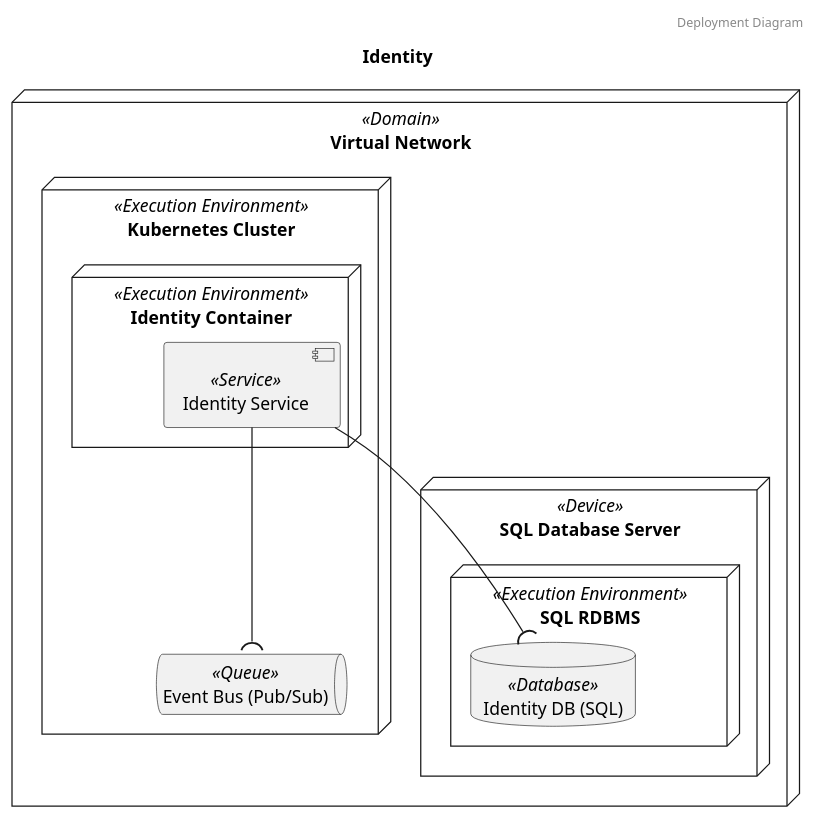
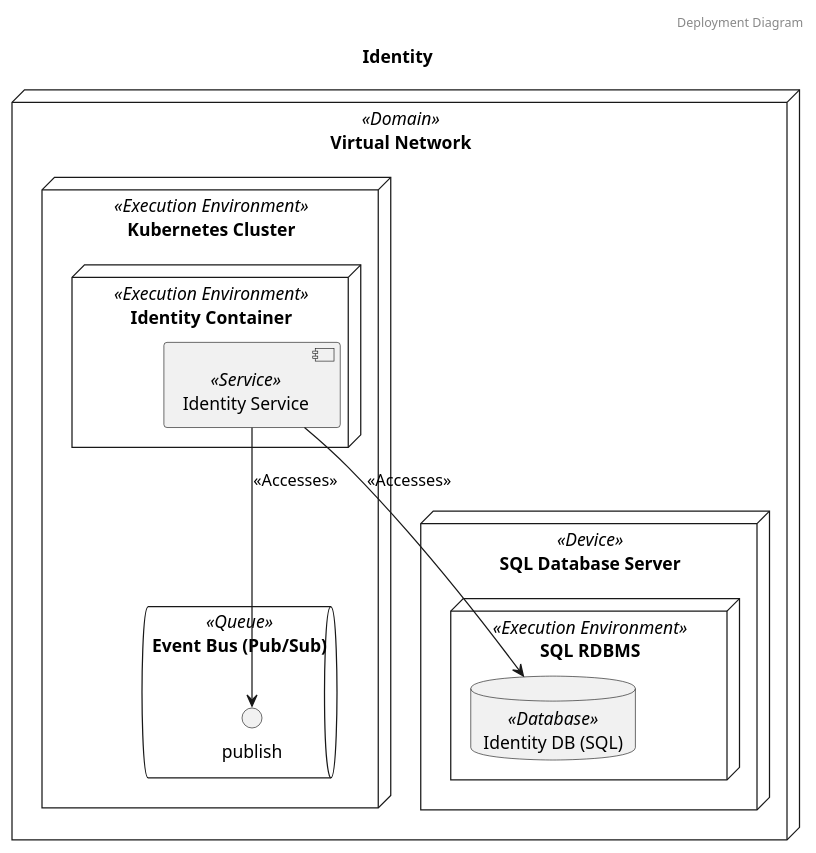
The second of 3 diagrams in diagrams/systems/Identity.puml (garrettsutula/example-trellis-project), drawn with PlantUML before and after one commit. The commit also changed other lines of this file and 29 other files, not shown here.

Commit message:
Update deps, diagram examples

```diff
--- a/diagrams/systems/Identity.puml
+++ b/diagrams/systems/Identity.puml
@@ -17,19 +17,22 @@
 @startuml Deployment Diagram Identity
 header Deployment Diagram
 title Identity
 node "Virtual Network" as Virtual_Network <<Domain>> {
 	node "Kubernetes Cluster" as Kubernetes_Cluster <<Execution Environment>> {
-		queue "Event Bus (Pub/Sub)" as Event_Bus_Pub_Sub <<Queue>>
-		node "Identity Container" as Identity_Container <<Execution Environment>> {
-			component "Identity Service" as Identity_Service <<Service>>
+		queue "Event Bus (Pub/Sub)" as Event_Bus_Event_Bus_Pub_Sub <<Queue>> {
+			interface "publish" as Event_Bus_publish
+		}
+		node "Identity Container" as Identity_Identity_Container <<Execution Environment>> {
+			component "Identity Service" as Identity_Identity_Service <<Service>> {
+			}
 		}
 	}
 	node "SQL Database Server" as SQL_Database_Server <<Device>> {
 		node "SQL RDBMS" as SQL_RDBMS <<Execution Environment>> {
-			database "Identity DB (SQL)" as Identity_DB_SQL <<Database>>
+			database "Identity DB (SQL)" as Identity_Identity_DB_SQL <<Database>>
 		}
 	}
 }
-	Identity_Service -down-( Identity_DB_SQL
-	Identity_Service -down-( Event_Bus_Pub_Sub
+	Identity_Identity_Service -down-> Identity_Identity_DB_SQL: <<Accesses>>
+	Identity_Identity_Service -down-> Event_Bus_publish: <<Accesses>>
 @enduml
```
